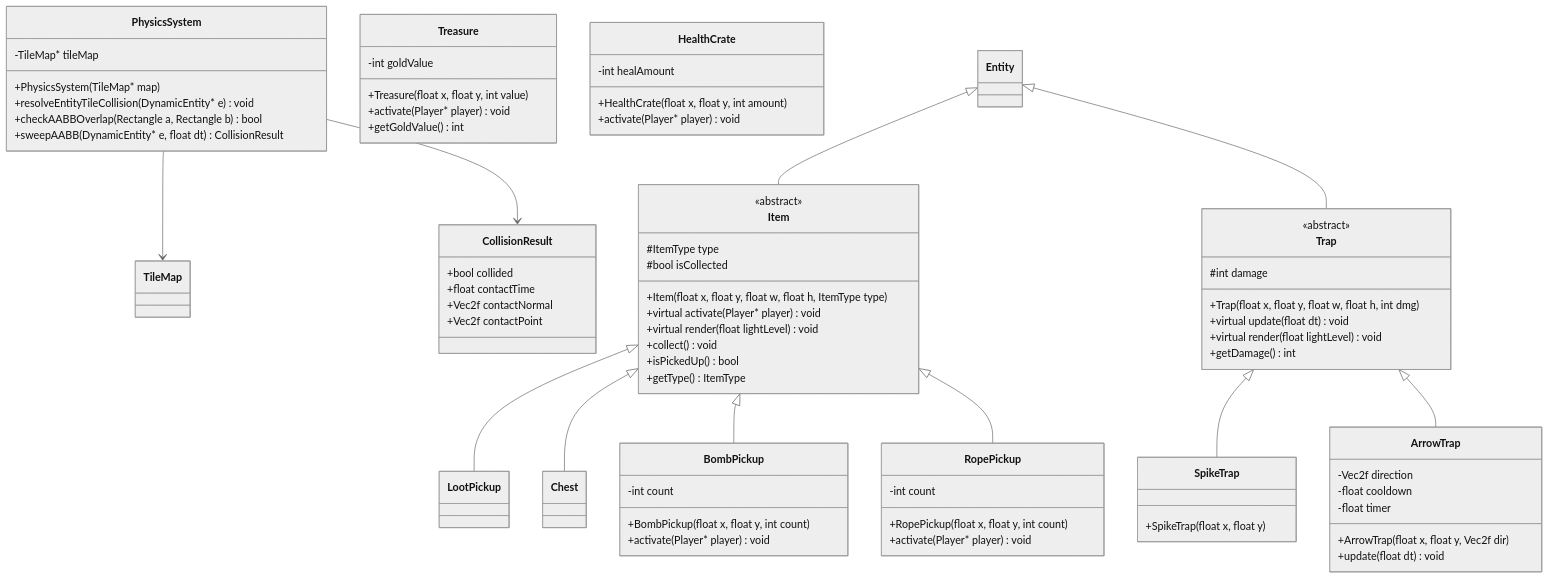
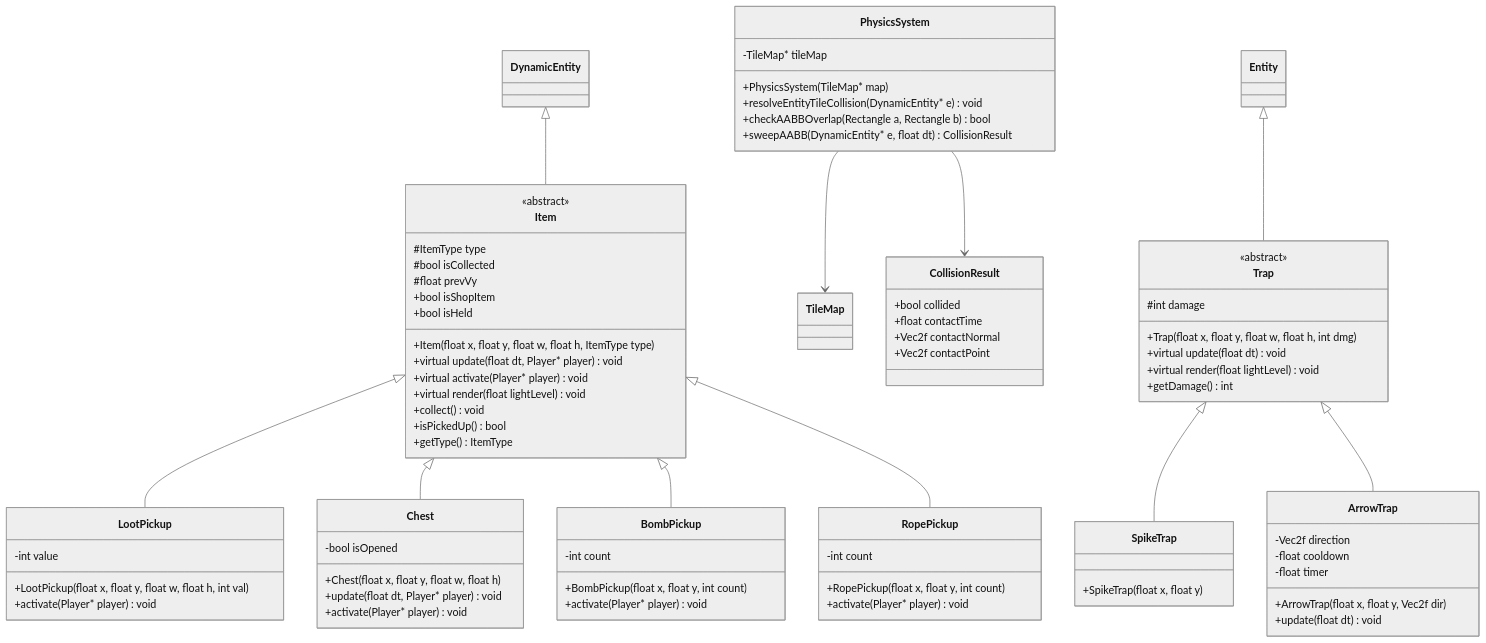
Before and after one commit to Gasmask-Chan/CS202-Cavern-Descent: the seventh of 8 diagrams in project_plan.md, drawn with Mermaid (neutral theme).

Commit message:
Update UML diagram for Item, Chest, and LootPickup

```diff
--- a/project_plan.md
+++ b/project_plan.md
@@ -1132,7 +1132,11 @@
         <<abstract>>
         #ItemType type
         #bool isCollected
+        #float prevVy
+        +bool isShopItem
+        +bool isHeld
         +Item(float x, float y, float w, float h, ItemType type)
+        +virtual update(float dt, Player* player) void
         +virtual activate(Player* player) void
         +virtual render(float lightLevel) void
         +collect() void
@@ -1140,16 +1144,16 @@
         +getType() ItemType
     }
 
-    class Treasure {
-        -int goldValue
-        +Treasure(float x, float y, int value)
+    class LootPickup {
+        -int value
+        +LootPickup(float x, float y, float w, float h, int val)
         +activate(Player* player) void
-        +getGoldValue() int
     }
 
-    class HealthCrate {
-        -int healAmount
-        +HealthCrate(float x, float y, int amount)
+    class Chest {
+        -bool isOpened
+        +Chest(float x, float y, float w, float h)
+        +update(float dt, Player* player) void
         +activate(Player* player) void
     }
 
@@ -1186,7 +1190,7 @@
         +update(float dt) void
     }
 
-    Entity <|-- Item
+    DynamicEntity <|-- Item
     Item <|-- LootPickup
     Item <|-- Chest
     Item <|-- BombPickup
```
